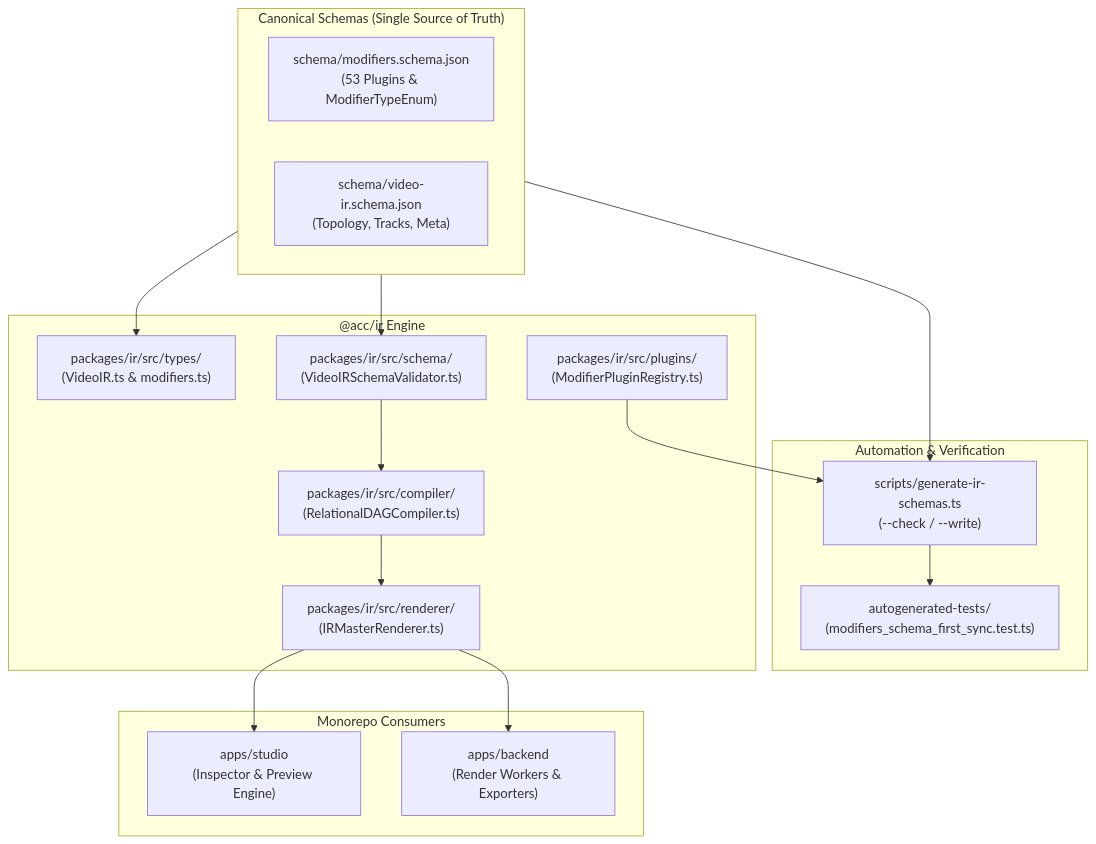
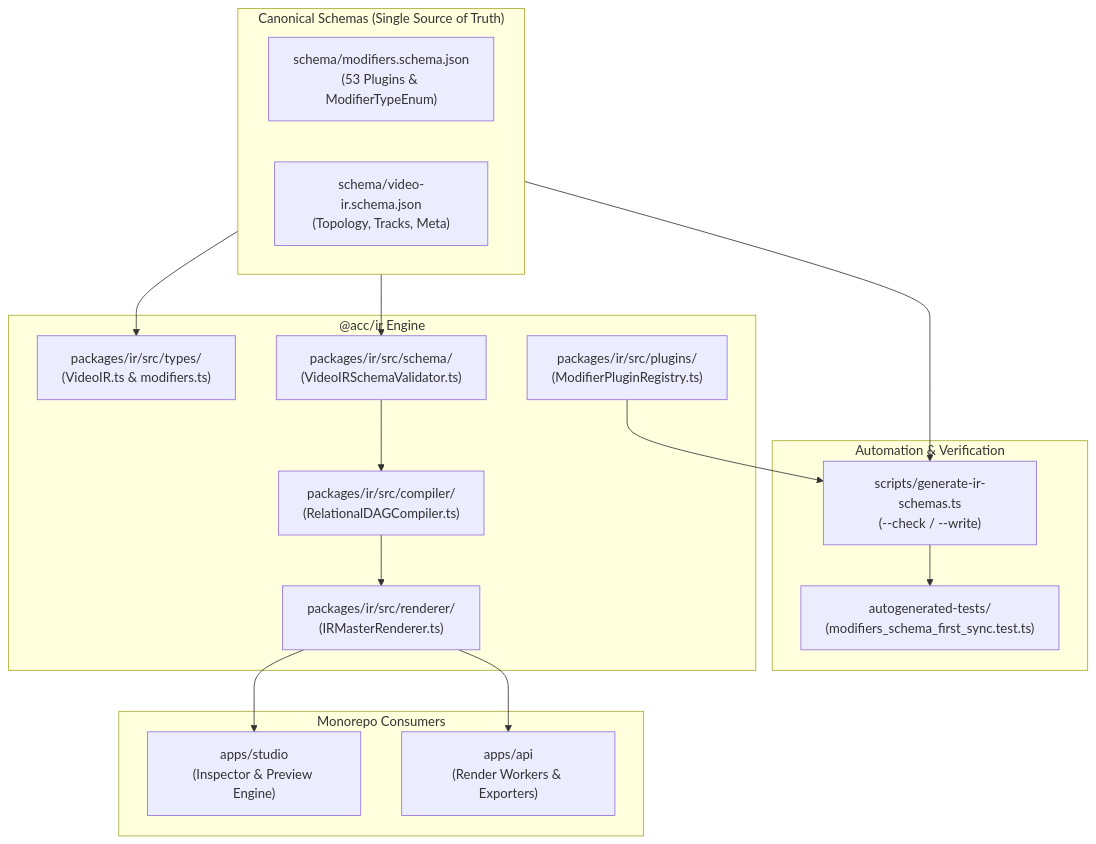
The diagram in docs/archived/iterations/master_implementation_plan_iteration_62.md (tamanle23/acc), drawn with Mermaid before and after one commit. The commit also changed 1996 other files, not shown here.

First line of the commit message:
refactor(all): rename apps/backend to apps/api and @acc/backend to @acc/api

````diff
--- a/docs/archived/iterations/master_implementation_plan_iteration_62.md
+++ b/docs/archived/iterations/master_implementation_plan_iteration_62.md
@@ -27,35 +27,35 @@
 ```mermaid
 flowchart TD
     subgraph SOT["Canonical Schemas (Single Source of Truth)"]
         MOD_SCHEMA["schema/modifiers.schema.json\n(53 Plugins & ModifierTypeEnum)"]
         VIR_SCHEMA["schema/video-ir.schema.json\n(Topology, Tracks, Meta)"]
     end
 
     subgraph TOOL["Automation & Verification"]
         GEN_SCRIPT["scripts/generate-ir-schemas.ts\n(--check / --write)"]
         TEST_SUITE["autogenerated-tests/\n(modifiers_schema_first_sync.test.ts)"]
     end
 
     subgraph CORE_IR["@acc/ir Engine"]
         TYPES["packages/ir/src/types/\n(VideoIR.ts & modifiers.ts)"]
         VALIDATOR["packages/ir/src/schema/\n(VideoIRSchemaValidator.ts)"]
         REGISTRY["packages/ir/src/plugins/\n(ModifierPluginRegistry.ts)"]
         COMPILER["packages/ir/src/compiler/\n(RelationalDAGCompiler.ts)"]
         RENDERER["packages/ir/src/renderer/\n(IRMasterRenderer.ts)"]
     end
 
     subgraph CLIENTS["Monorepo Consumers"]
         STUDIO["apps/studio\n(Inspector & Preview Engine)"]
-        BACKEND["apps/backend\n(Render Workers & Exporters)"]
+        BACKEND["apps/api\n(Render Workers & Exporters)"]
     end
 
     SOT --> GEN_SCRIPT
     GEN_SCRIPT --> TEST_SUITE
     SOT --> TYPES
     SOT --> VALIDATOR
     REGISTRY --> GEN_SCRIPT
     VALIDATOR --> COMPILER
     COMPILER --> RENDERER
     RENDERER --> STUDIO
     RENDERER --> BACKEND
 ```
````
